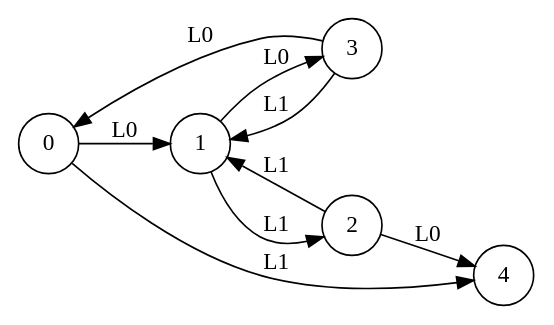
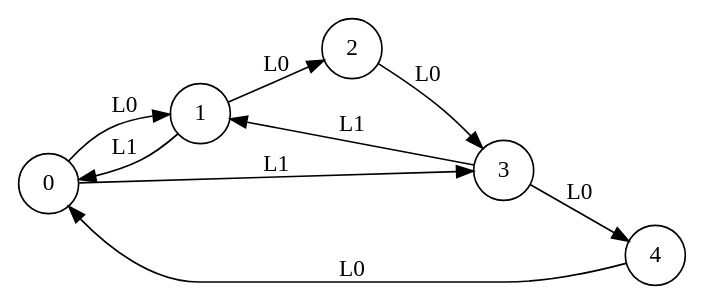
One commit to k85-ai/KB1 changed the diagram in automata/automaton_5_2_2_4.dot. Above: the diagram before and after it, drawn with Graphviz. The commit also changed 441 other files, not shown here.

```diff
--- a/automata/automaton_5_2_2_4.dot
+++ b/automata/automaton_5_2_2_4.dot
@@ -1,16 +1,16 @@
 digraph dotMachine {
   rankdir=LR;
   0 [shape=circle, label="0"];
   1 [shape=circle, label="1"];
   2 [shape=circle, label="2"];
   3 [shape=circle, label="3"];
   4 [shape=circle, label="4"];
   0 -> 1 [label="L0"];
-  1 -> 2 [label="L1"];
-  1 -> 3 [label="L0"];
-  0 -> 4 [label="L1"];
-  2 -> 1 [label="L1"];
-  2 -> 4 [label="L0"];
-  3 -> 0 [label="L0"];
+  1 -> 2 [label="L0"];
+  2 -> 3 [label="L0"];
+  3 -> 4 [label="L0"];
+  4 -> 0 [label="L0"];
   3 -> 1 [label="L1"];
+  0 -> 3 [label="L1"];
+  1 -> 0 [label="L1"];
 }
```
